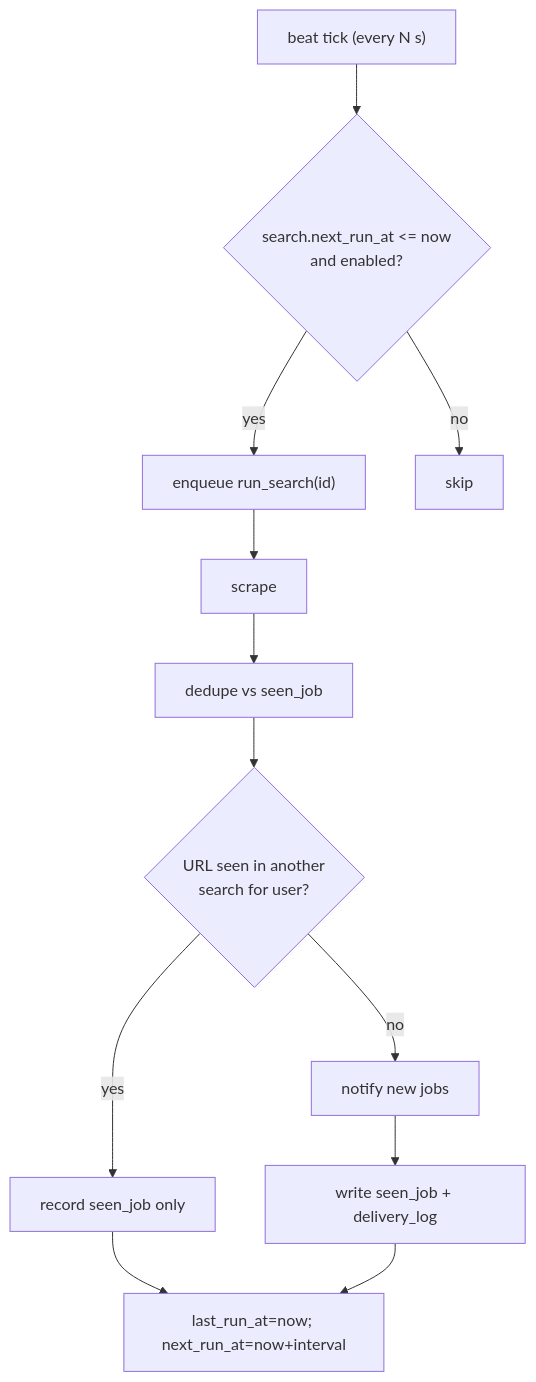
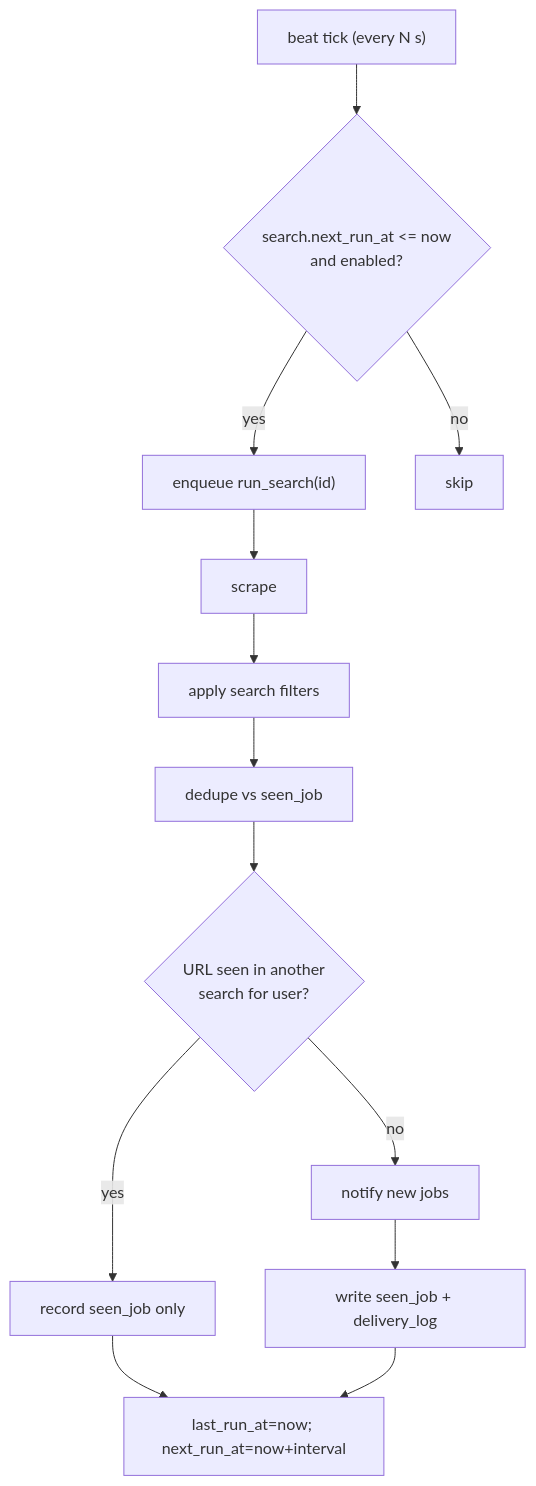
One commit to davidcristian/HeadStart changed the diagram in docs/modules/worker.md. Above: the diagram before and after it, drawn with Mermaid. The commit also changed other lines of this file and 11 other files, not shown here.

First line of the commit message:
feat: apply search filters in pipeline after scrape

````diff
--- a/docs/modules/worker.md
+++ b/docs/modules/worker.md
@@ -33,13 +33,14 @@
 ```mermaid
 flowchart TD
   tick["beat tick (every N s)"] --> q{"search.next_run_at <= now\nand enabled?"}
   q -->|yes| enqueue["enqueue run_search(id)"]
   q -->|no| skip[skip]
-  enqueue --> scrape[scrape] --> dedupe[dedupe vs seen_job]
+  enqueue --> scrape[scrape] --> filter[apply search filters]
+  filter --> dedupe[dedupe vs seen_job]
   dedupe --> cross{"URL seen in another\nsearch for user?"}
   cross -->|yes| record_only[record seen_job only]
   cross -->|no| notify["notify new jobs"]
   record_only --> reschedule
   notify --> record["write seen_job + delivery_log"]
   record --> reschedule["last_run_at=now; next_run_at=now+interval"]
 ```
````
